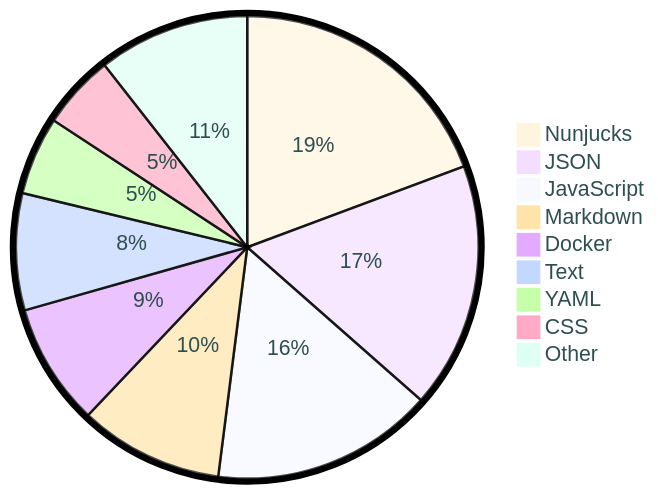
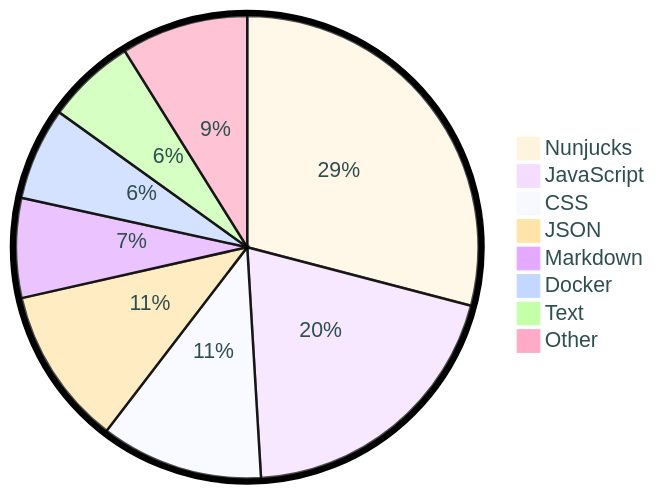
The diagram in README.md (tot0p/tot0p), drawn with Mermaid before and after one commit. The commit also changed other lines of this file, not shown here.

````diff
--- a/README.md
+++ b/README.md
@@ -130,13 +130,12 @@
 ```mermaid
 %%{init: {"pie": {"textPosition": 0.5}, "themeVariables": {"pieOuterStrokeWidth": "5px","primaryTextColor" : "#2F4F4F"},"theme":"base"} }%%
 pie
-	"Nunjucks": 19.32
-	"JSON": 17.17
-	"JavaScript": 15.52
-	"Markdown": 10.07
-	"Docker": 8.53
-	"Text": 8.17
-	"YAML": 5.46
-	"CSS": 5.19
-	"Other": 10.58
+	"Nunjucks": 29.07
+	"JavaScript": 19.98
+	"CSS": 11.35
+	"JSON": 11.07
+	"Markdown": 6.96
+	"Docker": 6.48
+	"Text": 6.21
+	"Other": 8.88
 ```
````
